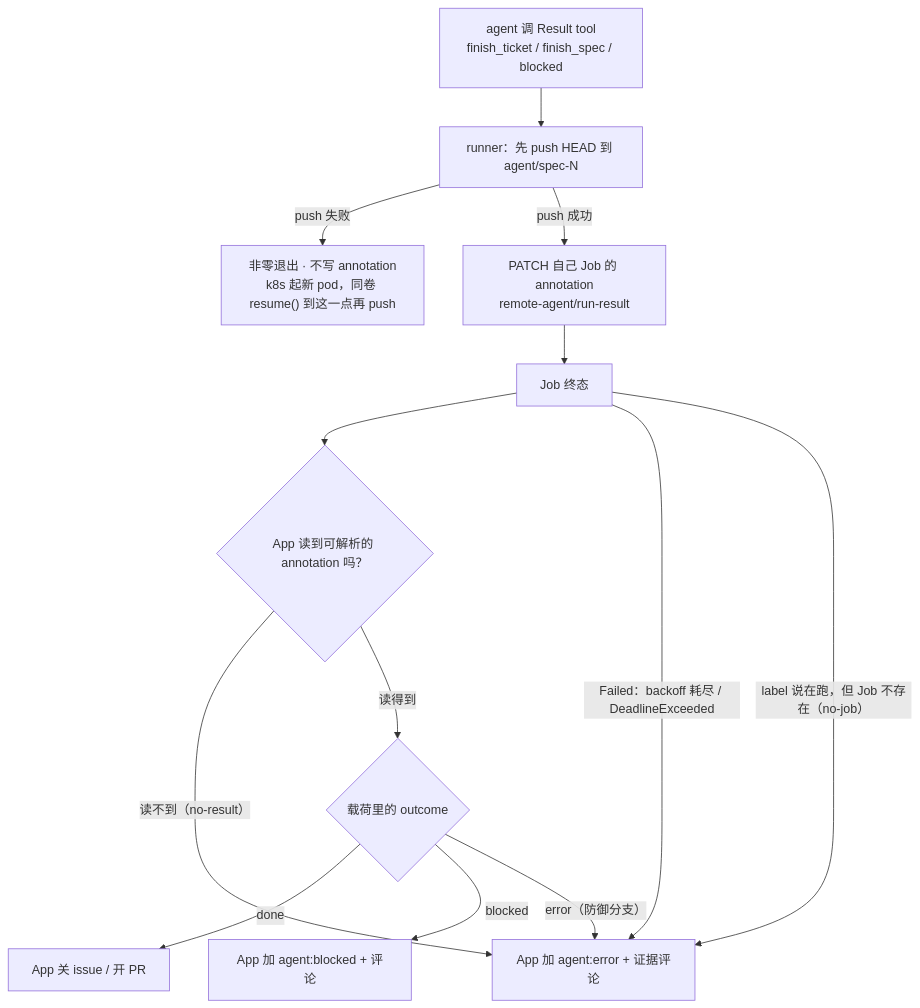
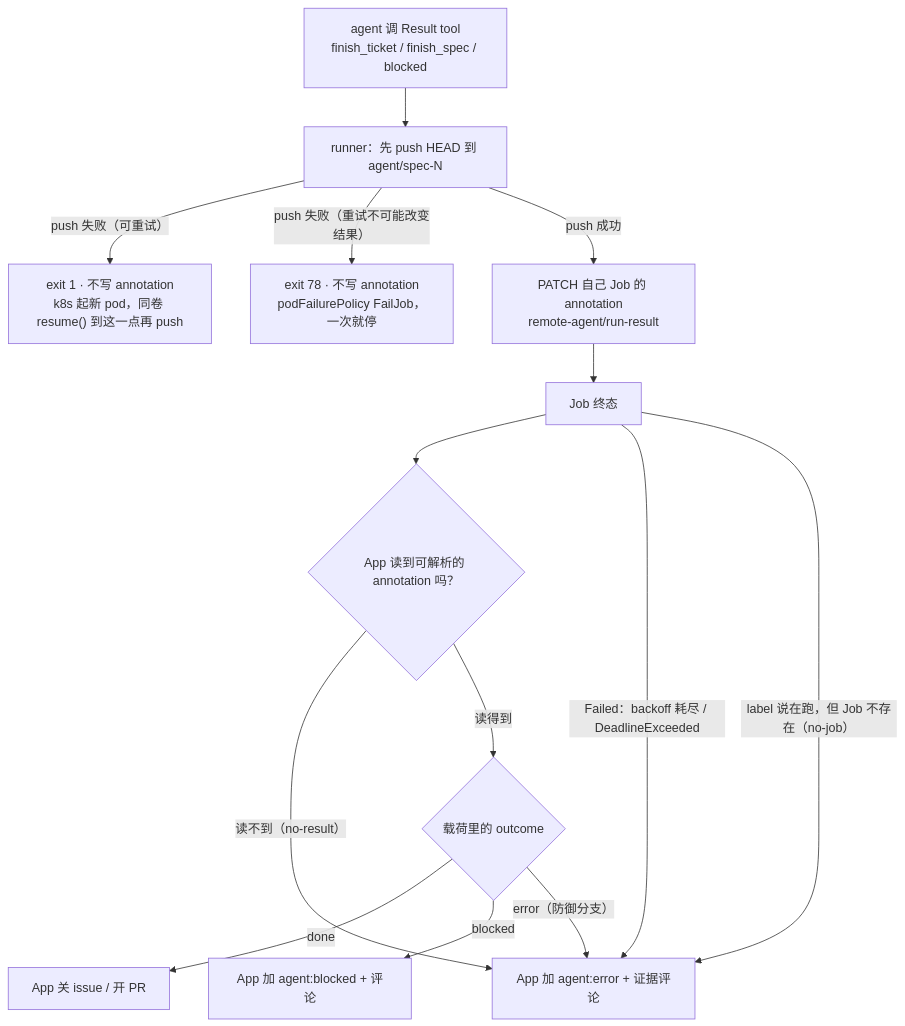
The eighth of 9 diagrams in docs/architecture.md (2017fighting/remote-agent), drawn with Mermaid before and after one commit. The commit also changed other lines of this file and 18 other files, not shown here.

First line of the commit message:
fix: reconcile the shared spec branch, and fail an unreconcilable push in one attempt (#55) (#56)

````diff
--- a/docs/architecture.md
+++ b/docs/architecture.md
@@ -341,15 +342,16 @@
 ```mermaid
 flowchart TD
     Agent["agent 调 Result tool<br/>finish_ticket / finish_spec / blocked"] --> Push["runner：先 push HEAD 到 agent/spec-N"]
-    Push -->|"push 失败"| Retry["非零退出 · 不写 annotation<br/>k8s 起新 pod，同卷 resume() 到这一点再 push"]
+    Push -->|"push 失败（可重试）"| Retry["exit 1 · 不写 annotation<br/>k8s 起新 pod，同卷 resume() 到这一点再 push"]
+    Push -->|"push 失败（重试不可能改变结果）"| Fatal["exit 78 · 不写 annotation<br/>podFailurePolicy FailJob，一次就停"]
     Push -->|"push 成功"| Ann["PATCH 自己 Job 的 annotation<br/>remote-agent/run-result"]
     Ann --> Job["Job 终态"]
     Job --> Readable{"App 读到可解析的 annotation 吗？"}
     Readable -->|"读不到（no-result）"| Err
     Readable -->|"读得到"| Out{"载荷里的 outcome"}
     Out -->|"done"| Close["App 关 issue / 开 PR"]
     Out -->|"blocked"| Blocked["App 加 agent:blocked + 评论"]
     Out -->|"error（防御分支）"| Err["App 加 agent:error + 证据评论"]
     Job -->|"Failed：backoff 耗尽 / DeadlineExceeded"| Err
     Job -->|"label 说在跑，但 Job 不存在（no-job）"| Err
 ```
````
